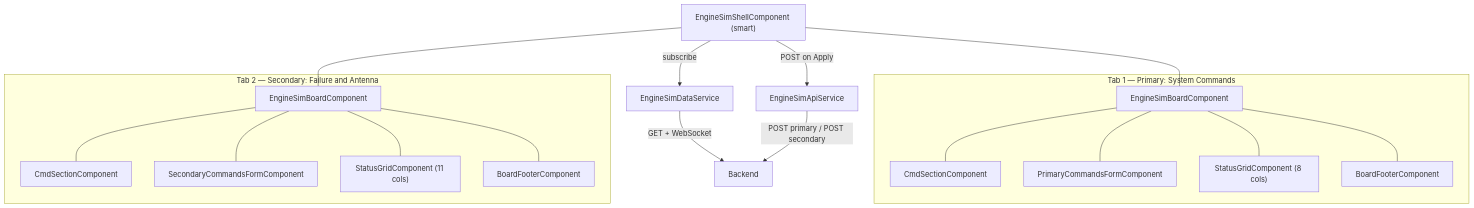
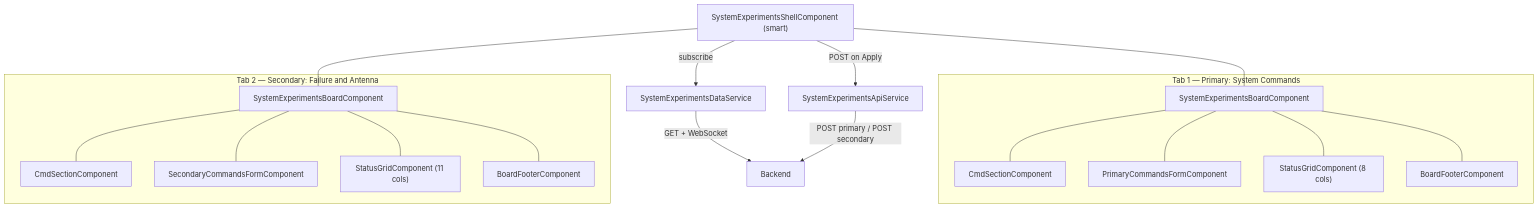
Before and after one commit to izhaq/angular-13-playground: the first of 2 diagrams in specs/sys-mode-dashboard/plan.md, drawn with Mermaid. The commit also changed other lines of this file and 134 other files, not shown here.

````diff
--- a/specs/sys-mode-dashboard/plan.md
+++ b/specs/sys-mode-dashboard/plan.md
@@ -15,39 +15,39 @@
 ```mermaid
 graph TD
-    Shell["EngineSimShellComponent (smart)"]
-    DataSvc["EngineSimDataService"]
-    ApiSvc["EngineSimApiService"]
+    Shell["SystemExperimentsShellComponent (smart)"]
+    DataSvc["SystemExperimentsDataService"]
+    ApiSvc["SystemExperimentsApiService"]
     
     Shell -->|"subscribe"| DataSvc
     Shell -->|"POST on Apply"| ApiSvc
     
     subgraph tab1 [Tab 1 — Primary: System Commands]
-        Primary["EngineSimBoardComponent"]
+        Primary["SystemExperimentsBoardComponent"]
         Cmd1["CmdSectionComponent"]
         Form1["PrimaryCommandsFormComponent"]
         Grid1["StatusGridComponent (8 cols)"]
         Footer1["BoardFooterComponent"]
         Primary --- Cmd1
         Primary --- Form1
         Primary --- Grid1
         Primary --- Footer1
     end
     
     subgraph tab2 [Tab 2 — Secondary: Failure and Antenna]
-        Secondary["EngineSimBoardComponent"]
+        Secondary["SystemExperimentsBoardComponent"]
         Cmd2["CmdSectionComponent"]
         Form2["SecondaryCommandsFormComponent"]
         Grid2["StatusGridComponent (11 cols)"]
         Footer2["BoardFooterComponent"]
         Secondary --- Cmd2
         Secondary --- Form2
         Secondary --- Grid2
         Secondary --- Footer2
     end
     
     Shell --- Primary
     Shell --- Secondary
     
     DataSvc -->|"GET + WebSocket"| WS["Backend"]
     ApiSvc -->|"POST primary / POST secondary"| WS
 ```
````
